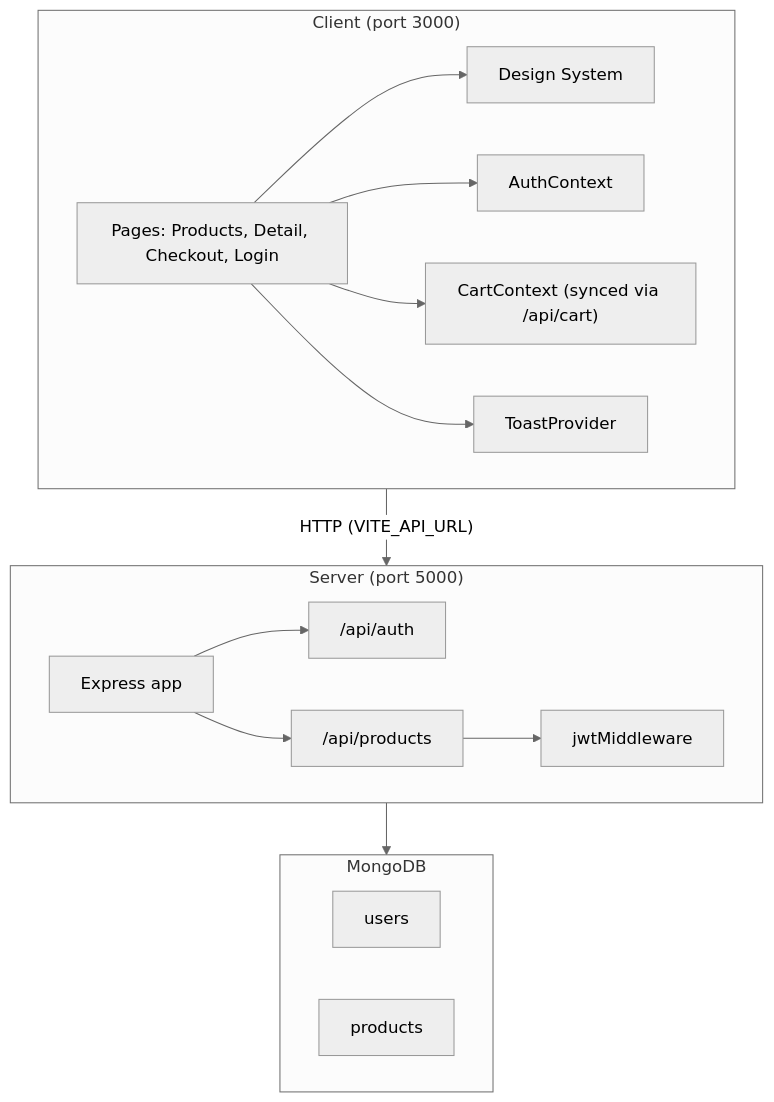
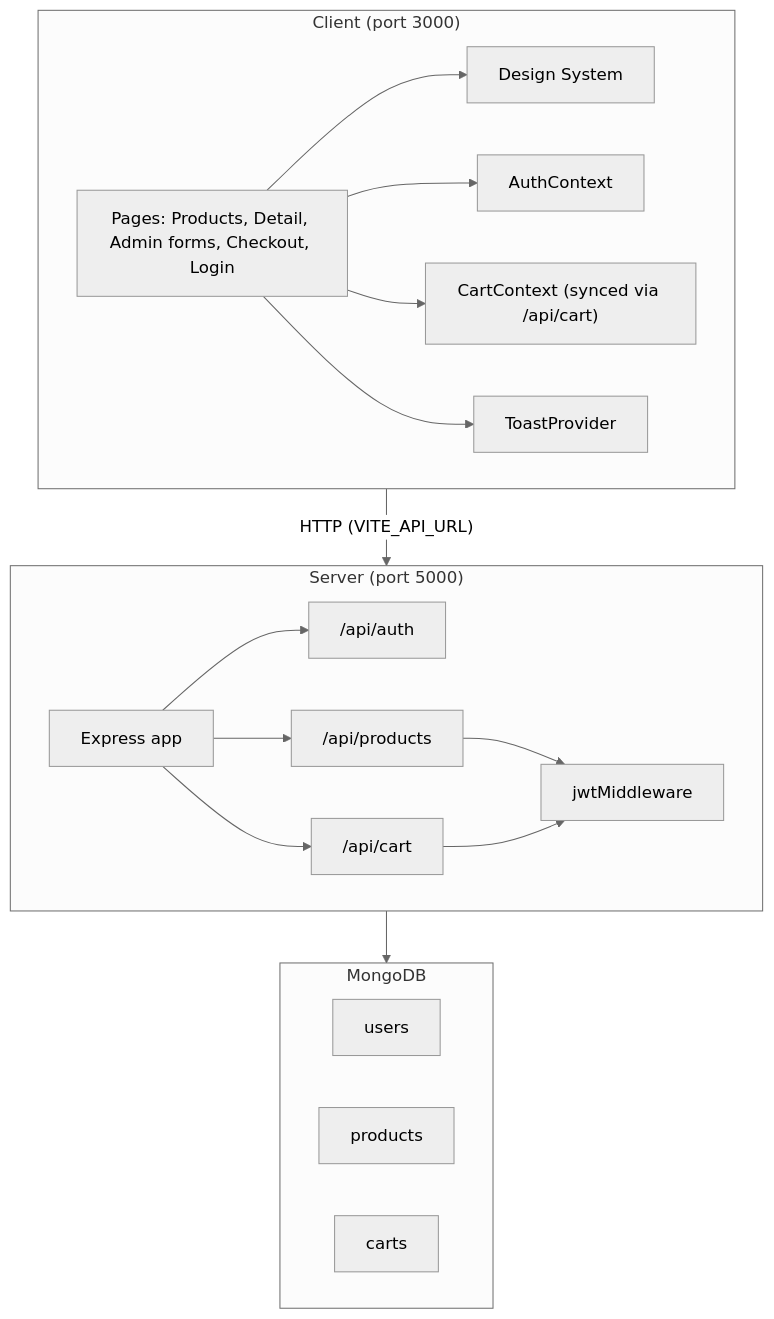
The diagram in README.md (forexlord/shopflow), drawn with Mermaid (neutral theme) before and after one commit. The commit also changed other lines of this file and 16 other files, not shown here.

Commit message:
feat: implement role-based access control for admin features, update user model and authentication flow to include user roles, and enhance UI to display admin badge in AppHeader

````diff
--- a/README.md
+++ b/README.md
@@ -32,32 +32,36 @@
 ```mermaid
 flowchart TB
   subgraph client ["Client (port 3000)"]
-    Pages["Pages: Products, Detail, Checkout, Login"]
+    Pages["Pages: Products, Detail, Admin forms, Checkout, Login"]
     DS["Design System"]
     AuthCtx["AuthContext"]
     CartCtx["CartContext (synced via /api/cart)"]
     ToastCtx["ToastProvider"]
     Pages --> DS
     Pages --> AuthCtx
     Pages --> CartCtx
     Pages --> ToastCtx
   end
 
   subgraph server ["Server (port 5000)"]
     App["Express app"]
     AuthRoutes["/api/auth"]
     ProductRoutes["/api/products"]
+    CartRoutes["/api/cart"]
     JWTMw["jwtMiddleware"]
     App --> AuthRoutes
     App --> ProductRoutes
+    App --> CartRoutes
     ProductRoutes --> JWTMw
+    CartRoutes --> JWTMw
   end
 
   subgraph db ["MongoDB"]
     Users["users"]
     Products["products"]
+    Carts["carts"]
   end
 
   client -->|"HTTP (VITE_API_URL)"| server
   server --> db
 ```
````
